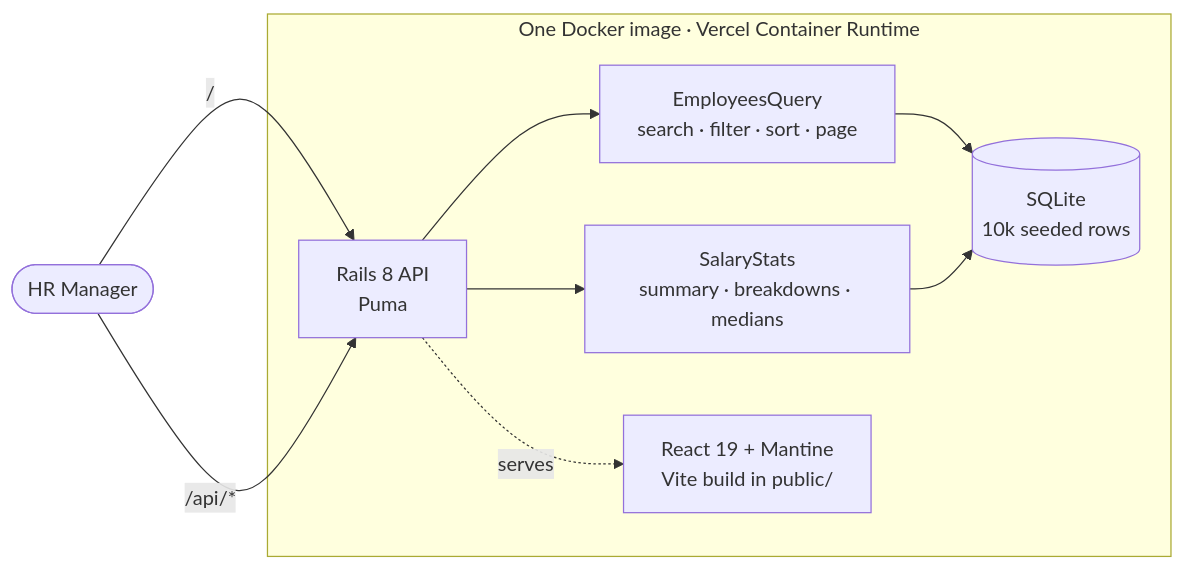
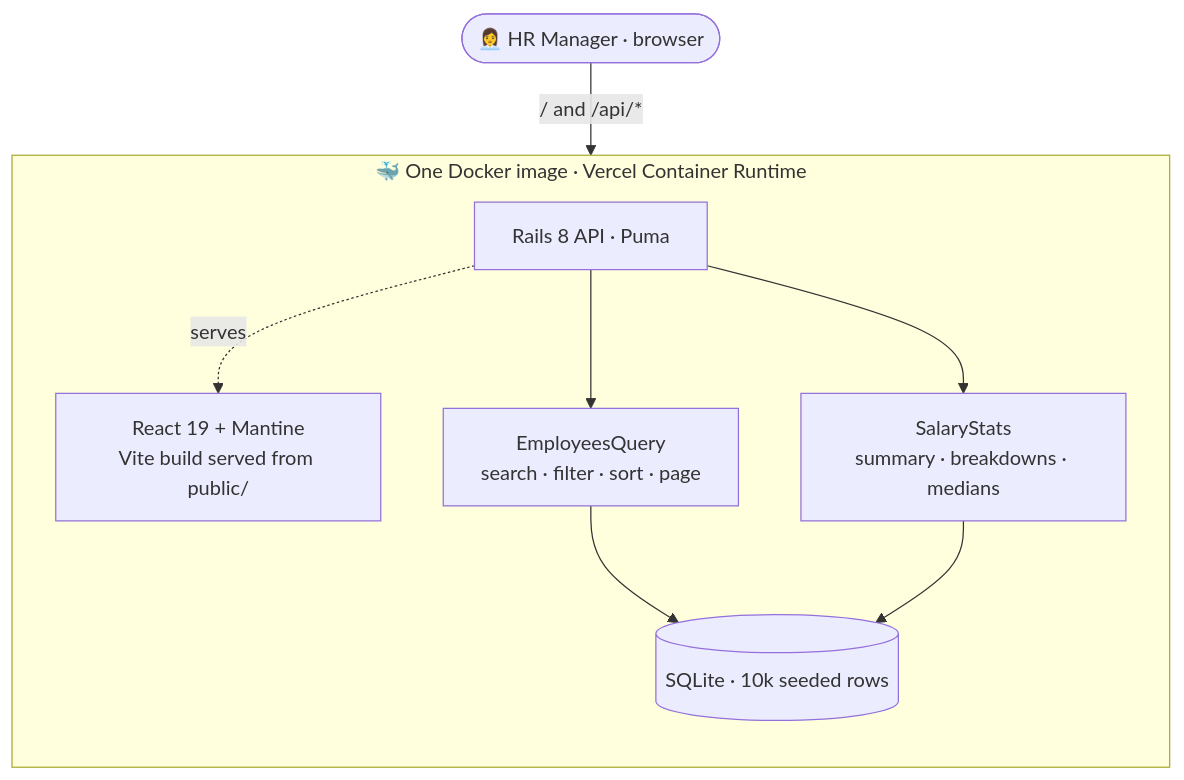
One commit to shivani2001-art/salary-management changed the diagram in README.md. Above: the diagram before and after it, drawn with Mermaid.

Commit message:
docs: vertical architecture diagram so it fits GitHub's renderer

````diff
--- a/README.md
+++ b/README.md
@@ -192,13 +192,17 @@
 ```mermaid
-flowchart LR
-  HR([HR Manager]) -->|"/"| APP
-  HR -->|"/api/*"| APP
-  subgraph IMG["One Docker image · Vercel Container Runtime"]
-    APP["Rails 8 API<br/>Puma"]
-    APP --> Q["EmployeesQuery<br/>search · filter · sort · page"]
-    APP --> S["SalaryStats<br/>summary · breakdowns · medians"]
-    Q --> DB[("SQLite<br/>10k seeded rows")]
+flowchart TB
+  HR(["👩‍💼 HR Manager · browser"]) -->|"/ and /api/*"| APP
+  subgraph IMG["🐳 One Docker image · Vercel Container Runtime"]
+    direction TB
+    APP["Rails 8 API · Puma"]
+    SPA["React 19 + Mantine<br/>Vite build served from public/"]
+    Q["EmployeesQuery<br/>search · filter · sort · page"]
+    S["SalaryStats<br/>summary · breakdowns · medians"]
+    DB[("SQLite · 10k seeded rows")]
+    APP -. serves .-> SPA
+    APP --> Q
+    APP --> S
+    Q --> DB
     S --> DB
-    APP -. serves .-> SPA["React 19 + Mantine<br/>Vite build in public/"]
   end
 ```
````
